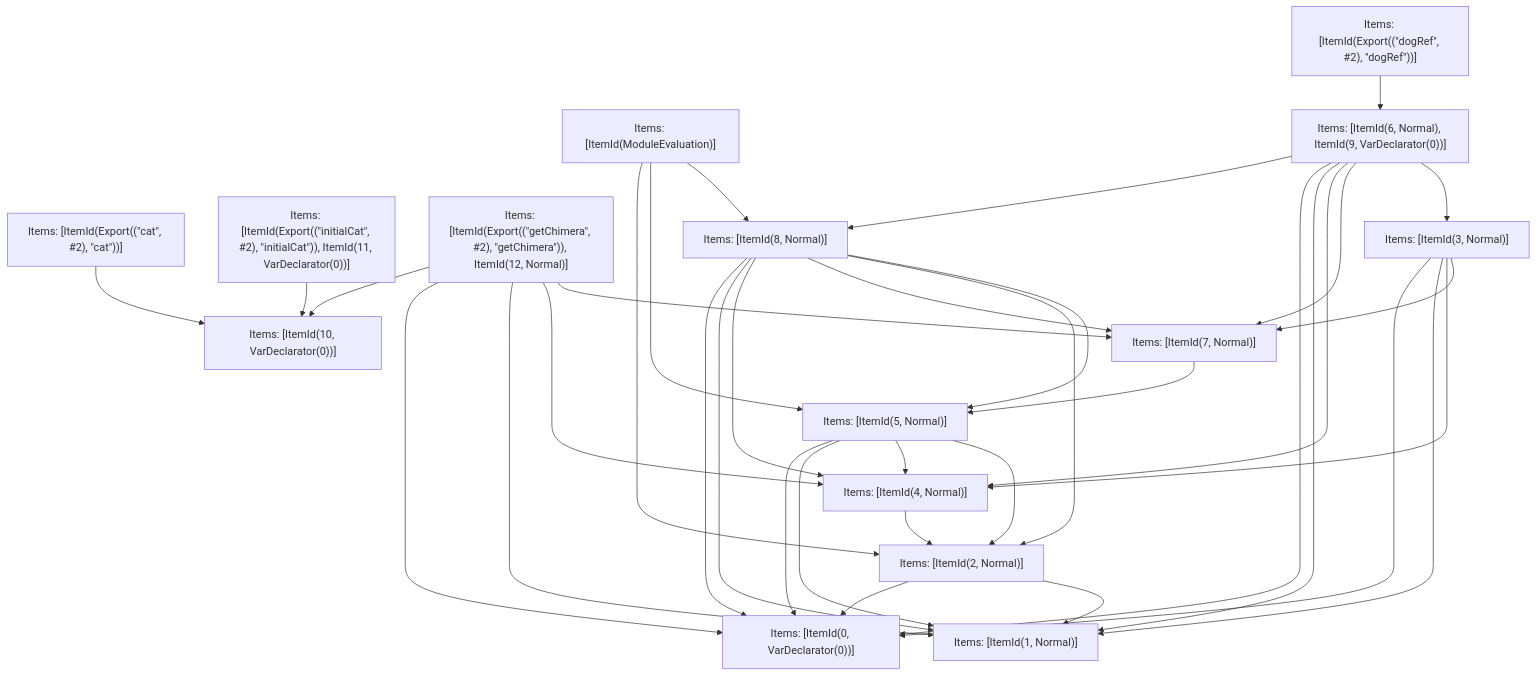
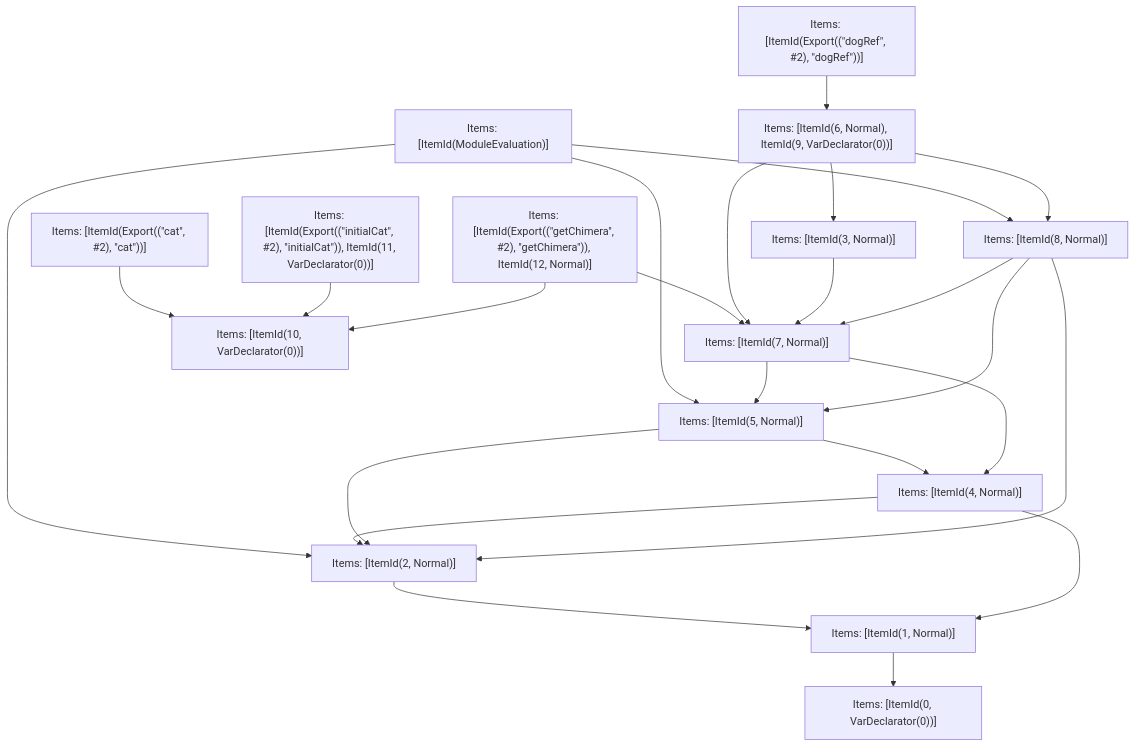
One commit to vercel/turborepo changed the fifth of 5 diagrams in crates/turbopack-ecmascript/tests/tree-shaker/analyzer/complex/output.md. Above: the diagram before and after it, drawn with Mermaid. The commit also changed other lines of this file and 3 other files, not shown here.

````diff
--- a/crates/turbopack-ecmascript/tests/tree-shaker/analyzer/complex/output.md
+++ b/crates/turbopack-ecmascript/tests/tree-shaker/analyzer/complex/output.md
@@ -351,53 +324,41 @@
 ```mermaid
 graph TD
     N0["Items: [ItemId(ModuleEvaluation)]"];
     N1["Items: [ItemId(Export((&quot;dogRef&quot;, #2), &quot;dogRef&quot;))]"];
     N2["Items: [ItemId(Export((&quot;cat&quot;, #2), &quot;cat&quot;))]"];
     N3["Items: [ItemId(Export((&quot;initialCat&quot;, #2), &quot;initialCat&quot;)), ItemId(11, VarDeclarator(0))]"];
     N4["Items: [ItemId(Export((&quot;getChimera&quot;, #2), &quot;getChimera&quot;)), ItemId(12, Normal)]"];
     N5["Items: [ItemId(6, Normal), ItemId(9, VarDeclarator(0))]"];
     N6["Items: [ItemId(0, VarDeclarator(0))]"];
     N7["Items: [ItemId(1, Normal)]"];
     N8["Items: [ItemId(2, Normal)]"];
     N9["Items: [ItemId(3, Normal)]"];
     N10["Items: [ItemId(4, Normal)]"];
     N11["Items: [ItemId(5, Normal)]"];
     N12["Items: [ItemId(7, Normal)]"];
     N13["Items: [ItemId(8, Normal)]"];
     N14["Items: [ItemId(10, VarDeclarator(0))]"];
     N0 --> N8;
     N0 --> N11;
     N0 --> N13;
     N1 --> N5;
     N2 --> N14;
     N3 --> N14;
     N4 --> N14;
-    N4 --> N6;
-    N4 --> N7;
-    N4 --> N10;
     N4 --> N12;
     N5 --> N13;
-    N5 --> N6;
-    N5 --> N7;
-    N5 --> N10;
     N5 --> N12;
     N5 --> N9;
-    N8 --> N6;
+    N7 --> N6;
     N8 --> N7;
-    N9 --> N6;
-    N9 --> N7;
-    N9 --> N10;
     N9 --> N12;
+    N10 --> N7;
     N10 --> N8;
-    N11 --> N6;
-    N11 --> N7;
     N11 --> N10;
     N11 --> N8;
+    N12 --> N10;
     N12 --> N11;
-    N13 --> N6;
-    N13 --> N7;
-    N13 --> N10;
     N13 --> N12;
     N13 --> N8;
     N13 --> N11;
 ```
````
